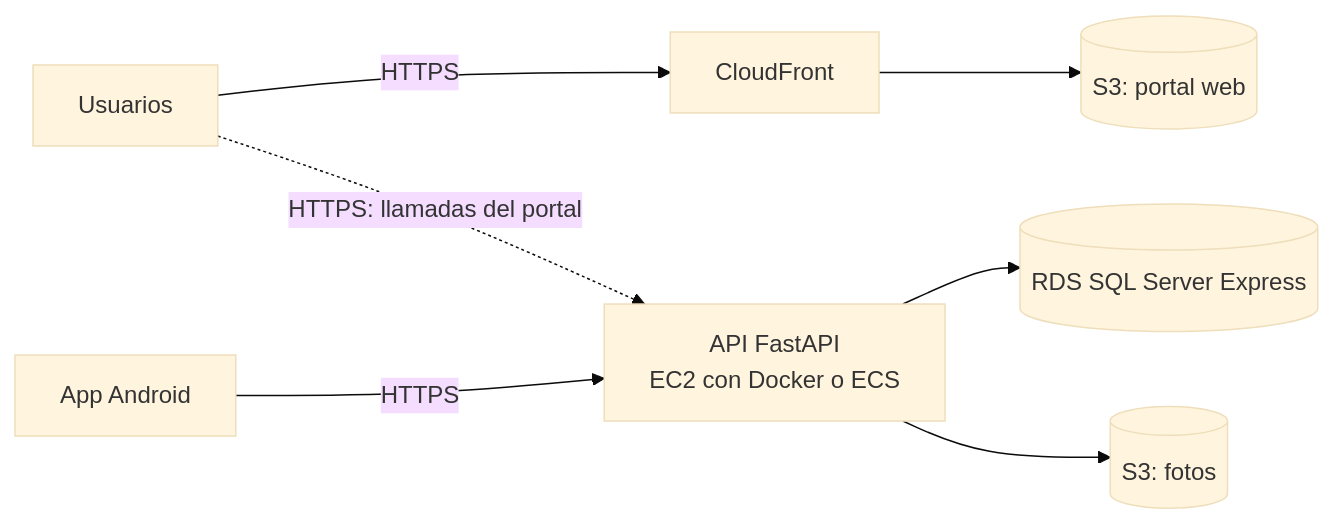
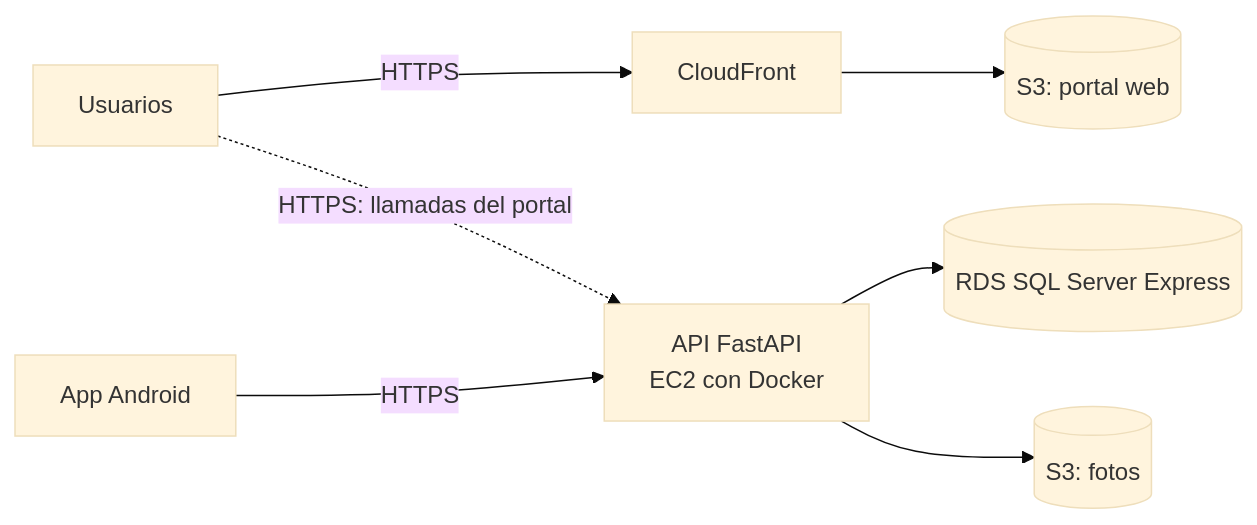
The fourth of 4 diagrams in ARQUITECTURA.md (OVIUM-team/ovium-docs), drawn with Mermaid (base theme) before and after one commit. The commit also changed other lines of this file, not shown here.

````diff
--- a/ARQUITECTURA.md
+++ b/ARQUITECTURA.md
@@ -169,9 +169,9 @@
 ```mermaid
 flowchart LR
     U["Usuarios"] -- "HTTPS" --> CF["CloudFront"]
     CF --> S3W[("S3: portal web")]
-    A["App Android"] -- "HTTPS" --> API["API FastAPI<br/>EC2 con Docker o ECS"]
+    A["App Android"] -- "HTTPS" --> API["API FastAPI<br/>EC2 con Docker"]
     U -. "HTTPS: llamadas del portal" .-> API
     API --> RDS[("RDS SQL Server Express")]
     API --> S3F[("S3: fotos")]
 ```
````
